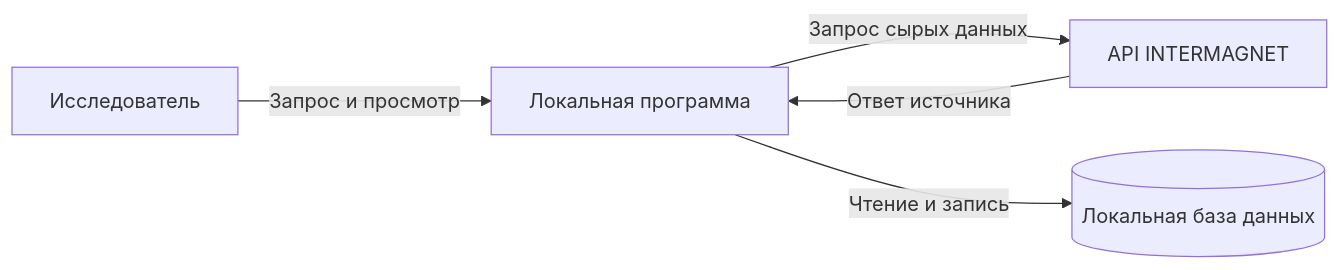
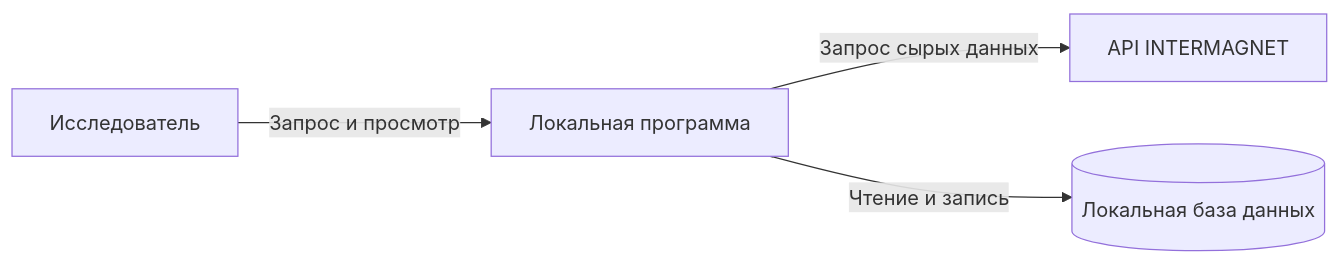
Before and after one commit to NaVi-4oK/team-amd: the first of 4 diagrams in docs/architecture.md, drawn with Mermaid.

````diff
--- a/docs/architecture.md
+++ b/docs/architecture.md
@@ -13,7 +13,6 @@
 ```mermaid
 flowchart LR
     user["Исследователь"] -->|"Запрос и просмотр"| app["Локальная программа"]
     app -->|"Запрос сырых данных"| intermagnet["API INTERMAGNET"]
-    intermagnet -->|"Ответ источника"| app
     app -->|"Чтение и запись"| db[("Локальная база данных")]
 ```
````
